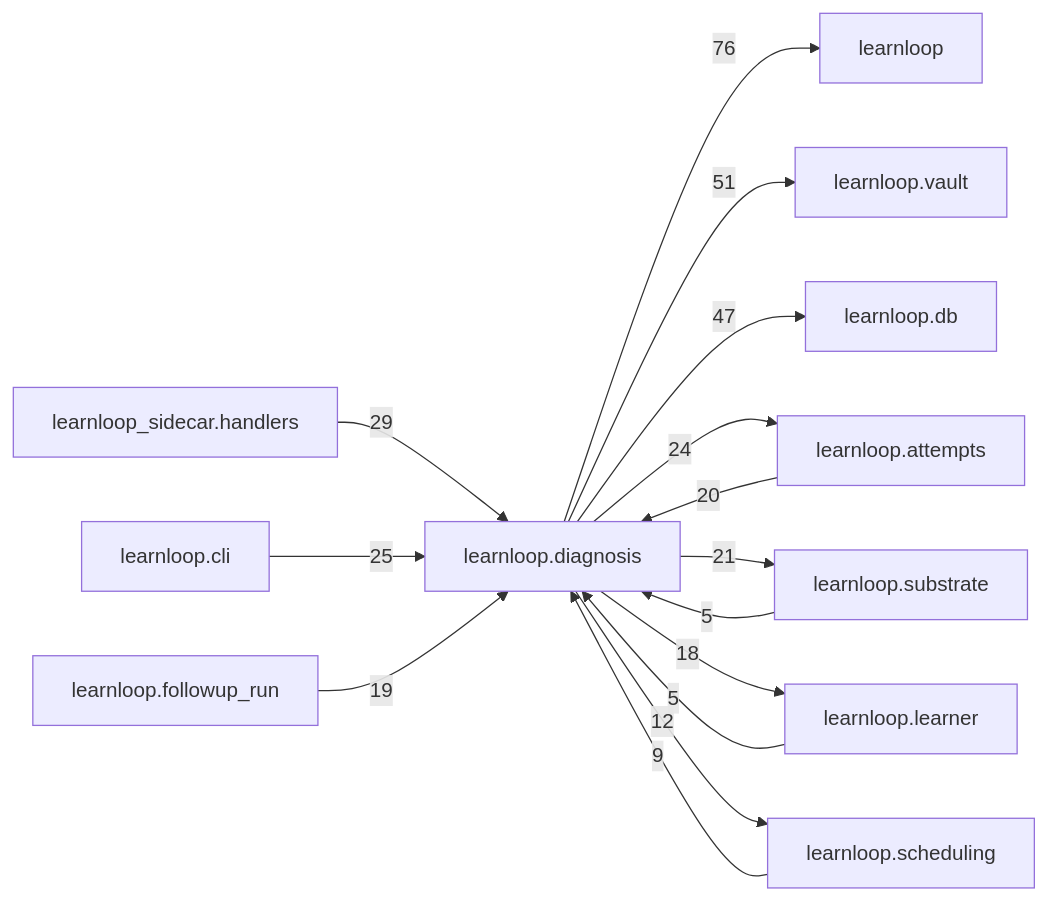
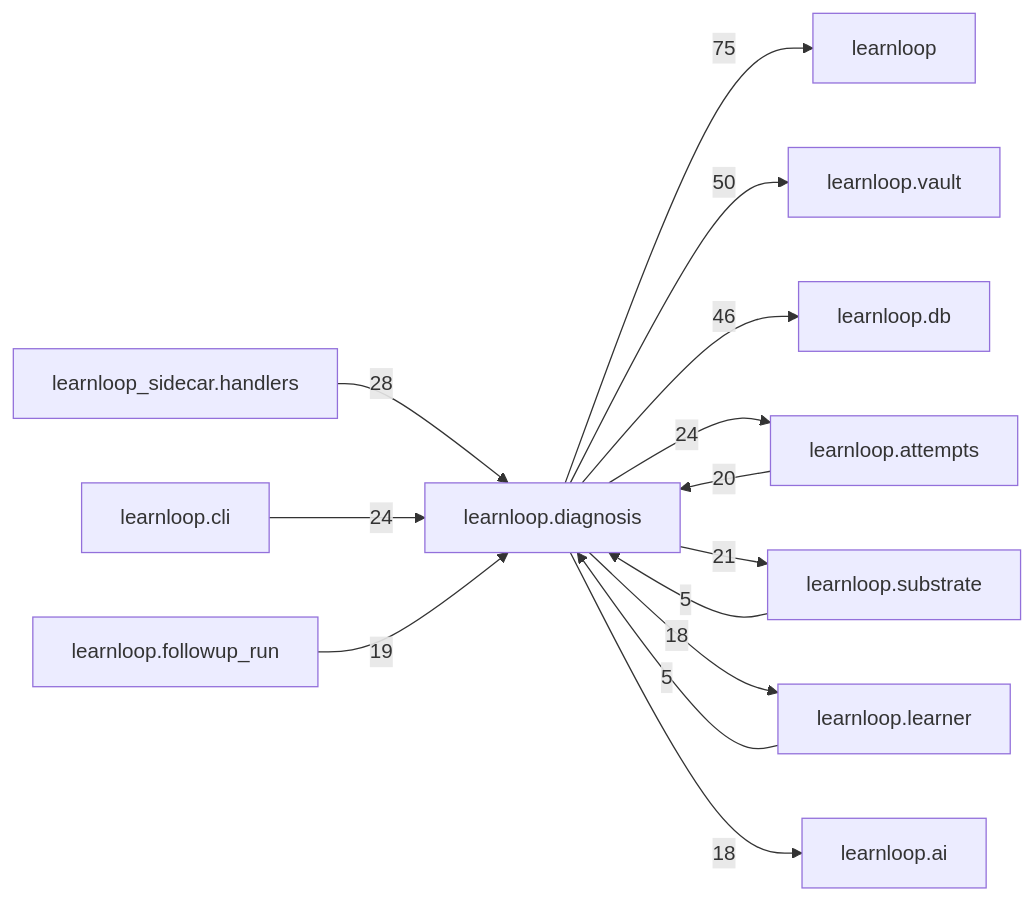
One commit to 6up-b/learnanything changed the diagram in docs/learnloop-architecture-vault/Reference/Modules/learnloop/diagnosis/_package.md. Above: the diagram before and after it, drawn with Mermaid. The commit also changed other lines of this file and 32 other files, not shown here.

````diff
--- a/docs/learnloop-architecture-vault/Reference/Modules/learnloop/diagnosis/_package.md
+++ b/docs/learnloop-architecture-vault/Reference/Modules/learnloop/diagnosis/_package.md
@@ -234,28 +232,27 @@
 ```mermaid
 flowchart LR
     center["learnloop.diagnosis"]
     n_learnloop["learnloop"]
     n_learnloop_vault["learnloop.vault"]
     n_learnloop_db["learnloop.db"]
     n_learnloop_attempts["learnloop.attempts"]
     n_learnloop_sidecar_handlers["learnloop_sidecar.handlers"]
     n_learnloop_substrate["learnloop.substrate"]
     n_learnloop_cli["learnloop.cli"]
     n_learnloop_learner["learnloop.learner"]
-    n_learnloop_scheduling["learnloop.scheduling"]
     n_learnloop_followup_run["learnloop.followup_run"]
-    center -->|76| n_learnloop
-    center -->|51| n_learnloop_vault
-    center -->|47| n_learnloop_db
+    n_learnloop_ai["learnloop.ai"]
+    center -->|75| n_learnloop
+    center -->|50| n_learnloop_vault
+    center -->|46| n_learnloop_db
     n_learnloop_attempts -->|20| center
     center -->|24| n_learnloop_attempts
-    n_learnloop_sidecar_handlers -->|29| center
+    n_learnloop_sidecar_handlers -->|28| center
     n_learnloop_substrate -->|5| center
     center -->|21| n_learnloop_substrate
-    n_learnloop_cli -->|25| center
+    n_learnloop_cli -->|24| center
     n_learnloop_learner -->|5| center
     center -->|18| n_learnloop_learner
-    n_learnloop_scheduling -->|9| center
-    center -->|12| n_learnloop_scheduling
     n_learnloop_followup_run -->|19| center
+    center -->|18| n_learnloop_ai
 ```
````
